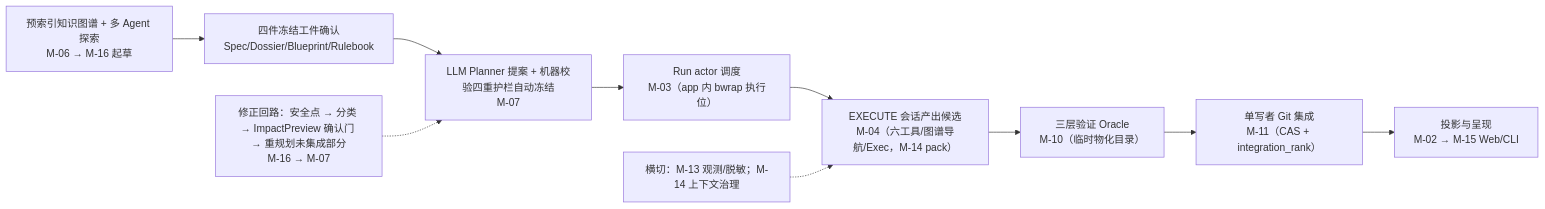
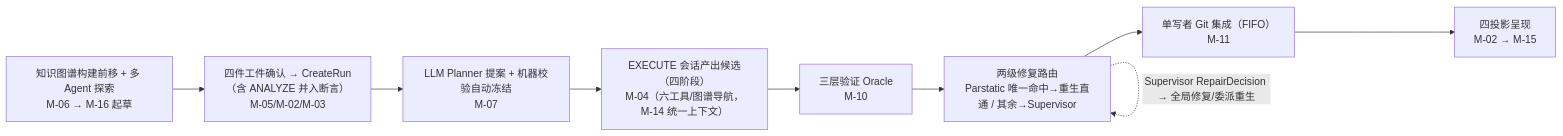
Before and after one commit to LT0X/CodeMigrator: the third of 4 diagrams in my_space/codemigrator_dev_progress/CodeMigrator开发任务规划与进度跟踪.md, drawn with Mermaid. The commit also changed other lines of this file and 37 other files, not shown here.

````diff
--- a/my_space/codemigrator_dev_progress/CodeMigrator开发任务规划与进度跟踪.md
+++ b/my_space/codemigrator_dev_progress/CodeMigrator开发任务规划与进度跟踪.md
@@ -273,21 +282,20 @@
 ```mermaid
 flowchart LR
-    K["预索引知识图谱 + 多 Agent 探索<br/>M-06 → M-16 起草"]
-    A["四件冻结工件确认<br/>Spec/Dossier/Blueprint/Rulebook"]
-    P["LLM Planner 提案 + 机器校验四重护栏自动冻结<br/>M-07"]
-    D["Run actor 调度<br/>M-03（app 内 bwrap 执行位）"]
-    L["EXECUTE 会话产出候选<br/>M-04（六工具/图谱导航/Exec，M-14 pack）"]
-    V["三层验证 Oracle<br/>M-10（临时物化目录）"]
-    I["单写者 Git 集成<br/>M-11（CAS + integration_rank）"]
-    R["投影与呈现<br/>M-02 → M-15 Web/CLI"]
+    K["知识图谱构建前移 + 多 Agent 探索<br/>M-06 → M-16 起草"]
+    A["四件工件确认 → CreateRun（含 ANALYZE 并入断言）<br/>M-05/M-02/M-03"]
+    P["LLM Planner 提案 + 机器校验自动冻结<br/>M-07"]
+    E["EXECUTE 会话产出候选（四阶段）<br/>M-04（六工具/图谱导航，M-14 统一上下文）"]
+    V["三层验证 Oracle<br/>M-10"]
+    F["两级修复路由<br/>Parstatic 唯一命中→重生直通 / 其余→Supervisor"]
+    I["单写者 Git 集成（FIFO）<br/>M-11"]
+    R["四投影呈现<br/>M-02 → M-15"]
 
     K --> A
     A --> P
-    P --> D
-    D --> L
-    L --> V
-    V --> I
+    P --> E
+    E --> V
+    V --> F
+    F --> I
     I --> R
-    C["修正回路：安全点 → 分类 → ImpactPreview 确认门 → 重规划未集成部分<br/>M-16 → M-07"] -.-> P
-    O["横切：M-13 观测/脱敏；M-14 上下文治理"] -.-> L
+    F -.->|Supervisor RepairDecision → 全局修复/委派重生| F
 ```
````
